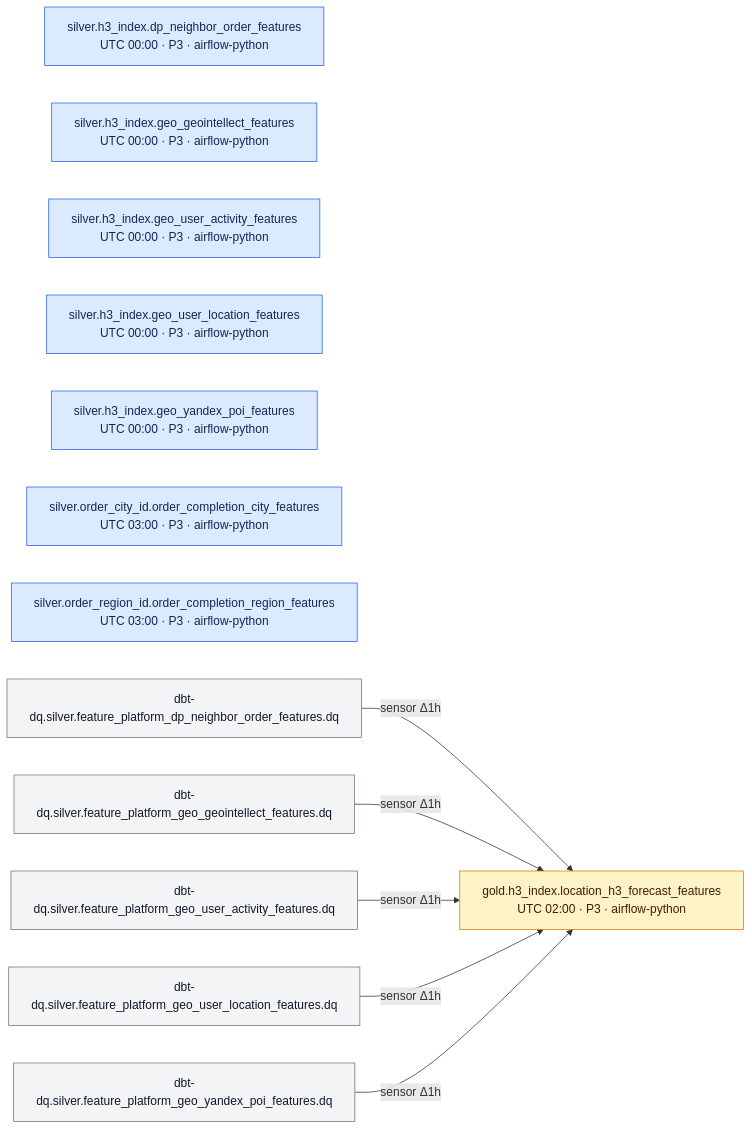
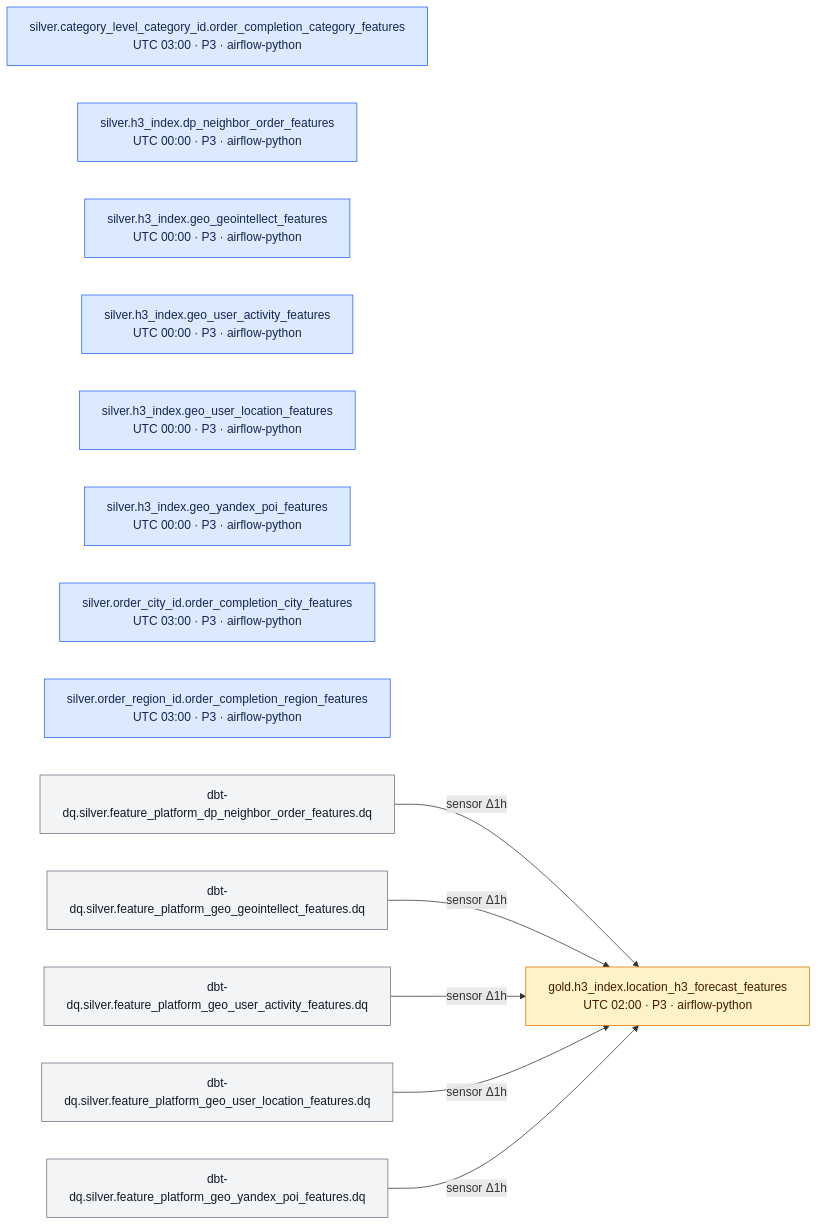
One commit to DayMarket/ml-feature-platform changed the third of 6 diagrams in docs/feature_platform_map.md. Above: the diagram before and after it, drawn with Mermaid. The commit also changed other lines of this file and 3 other files, not shown here.

Commit message:
docs: include category completion in logistics map

````diff
--- a/docs/feature_platform_map.md
+++ b/docs/feature_platform_map.md
@@ -104,30 +104,31 @@
 ```mermaid
 %%{init: {"flowchart": {"wrappingWidth": 360}}}%%
 flowchart LR
     d0["gold.h3_index.location_h3_forecast_features<br/>UTC 02:00 · P3 · airflow-python"]
-    d1["silver.h3_index.dp_neighbor_order_features<br/>UTC 00:00 · P3 · airflow-python"]
-    d2["silver.h3_index.geo_geointellect_features<br/>UTC 00:00 · P3 · airflow-python"]
-    d3["silver.h3_index.geo_user_activity_features<br/>UTC 00:00 · P3 · airflow-python"]
-    d4["silver.h3_index.geo_user_location_features<br/>UTC 00:00 · P3 · airflow-python"]
-    d5["silver.h3_index.geo_yandex_poi_features<br/>UTC 00:00 · P3 · airflow-python"]
-    d6["silver.order_city_id.order_completion_city_features<br/>UTC 03:00 · P3 · airflow-python"]
-    d7["silver.order_region_id.order_completion_region_features<br/>UTC 03:00 · P3 · airflow-python"]
+    d1["silver.category_level_category_id.order_completion_category_features<br/>UTC 03:00 · P3 · airflow-python"]
+    d2["silver.h3_index.dp_neighbor_order_features<br/>UTC 00:00 · P3 · airflow-python"]
+    d3["silver.h3_index.geo_geointellect_features<br/>UTC 00:00 · P3 · airflow-python"]
+    d4["silver.h3_index.geo_user_activity_features<br/>UTC 00:00 · P3 · airflow-python"]
+    d5["silver.h3_index.geo_user_location_features<br/>UTC 00:00 · P3 · airflow-python"]
+    d6["silver.h3_index.geo_yandex_poi_features<br/>UTC 00:00 · P3 · airflow-python"]
+    d7["silver.order_city_id.order_completion_city_features<br/>UTC 03:00 · P3 · airflow-python"]
+    d8["silver.order_region_id.order_completion_region_features<br/>UTC 03:00 · P3 · airflow-python"]
     x0["dbt-dq.silver.feature_platform_dp_neighbor_order_features.dq"]
     x1["dbt-dq.silver.feature_platform_geo_geointellect_features.dq"]
     x2["dbt-dq.silver.feature_platform_geo_user_activity_features.dq"]
     x3["dbt-dq.silver.feature_platform_geo_user_location_features.dq"]
     x4["dbt-dq.silver.feature_platform_geo_yandex_poi_features.dq"]
     x0 -->|"sensor Δ1h"| d0
     x1 -->|"sensor Δ1h"| d0
     x2 -->|"sensor Δ1h"| d0
     x3 -->|"sensor Δ1h"| d0
     x4 -->|"sensor Δ1h"| d0
-    class d1,d2,d3,d4,d5,d6,d7 silver
+    class d1,d2,d3,d4,d5,d6,d7,d8 silver
     class d0 gold
     class x0,x1,x2,x3,x4 external
     classDef silver fill:#dbeafe,stroke:#2563eb,color:#172554
     classDef gold fill:#fef3c7,stroke:#d97706,color:#451a03
     classDef datasets fill:#dcfce7,stroke:#16a34a,color:#052e16
     classDef upload fill:#f3e8ff,stroke:#9333ea,color:#3b0764
     classDef external fill:#f3f4f6,stroke:#6b7280,color:#111827
 ```
````
